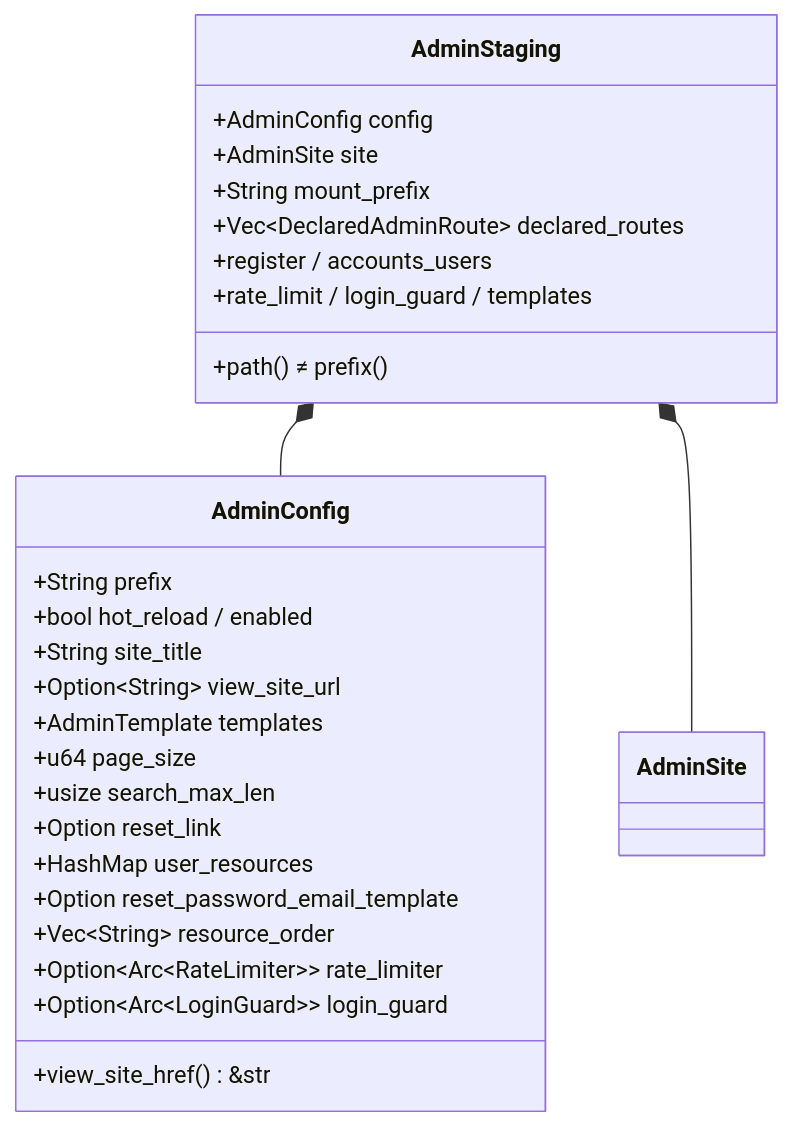
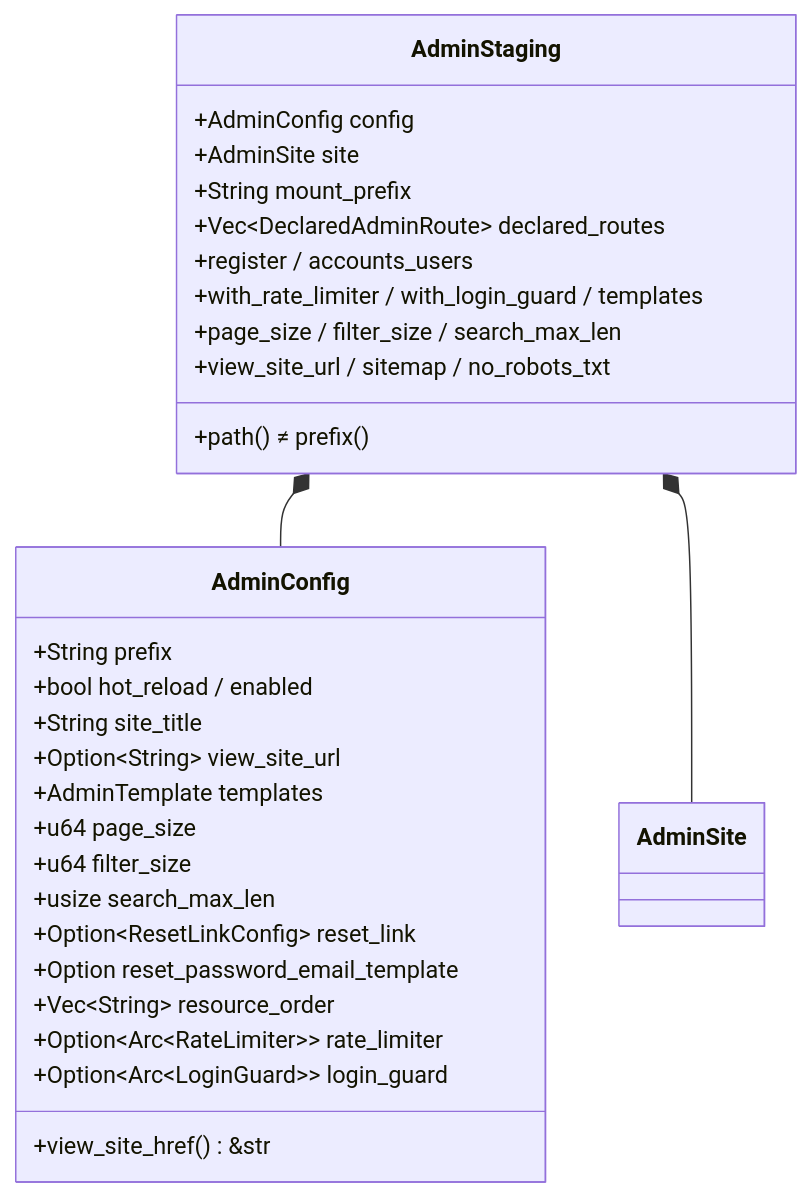
Before and after one commit to seb-alliot/runique: the first of 7 diagrams in diagramme/uml/admin/admin-complements.md, drawn with Mermaid. The commit also changed other lines of this file and 57 other files, not shown here.

Commit message:
fix few bug && diagramme

````diff
--- a/diagramme/uml/admin/admin-complements.md
+++ b/diagramme/uml/admin/admin-complements.md
@@ -9,30 +9,32 @@
 ```mermaid
 classDiagram
     class AdminConfig {
         +String prefix
         +bool hot_reload / enabled
         +String site_title
         +Option~String~ view_site_url
         +AdminTemplate templates
         +u64 page_size
+        +u64 filter_size
         +usize search_max_len
-        +Option reset_link
-        +HashMap user_resources
+        +Option~ResetLinkConfig~ reset_link
         +Option reset_password_email_template
         +Vec~String~ resource_order
         +Option~Arc~RateLimiter~~ rate_limiter
         +Option~Arc~LoginGuard~~ login_guard
         +view_site_href() &str
     }
     class AdminStaging {
         +AdminConfig config
         +AdminSite site
         +String mount_prefix
         +Vec~DeclaredAdminRoute~ declared_routes
         +path() ≠ prefix()
         +register / accounts_users
-        +rate_limit / login_guard / templates
+        +with_rate_limiter / with_login_guard / templates
+        +page_size / filter_size / search_max_len
+        +view_site_url / sitemap / no_robots_txt
     }
     AdminStaging *-- AdminConfig
     AdminStaging *-- AdminSite
 ```
````
